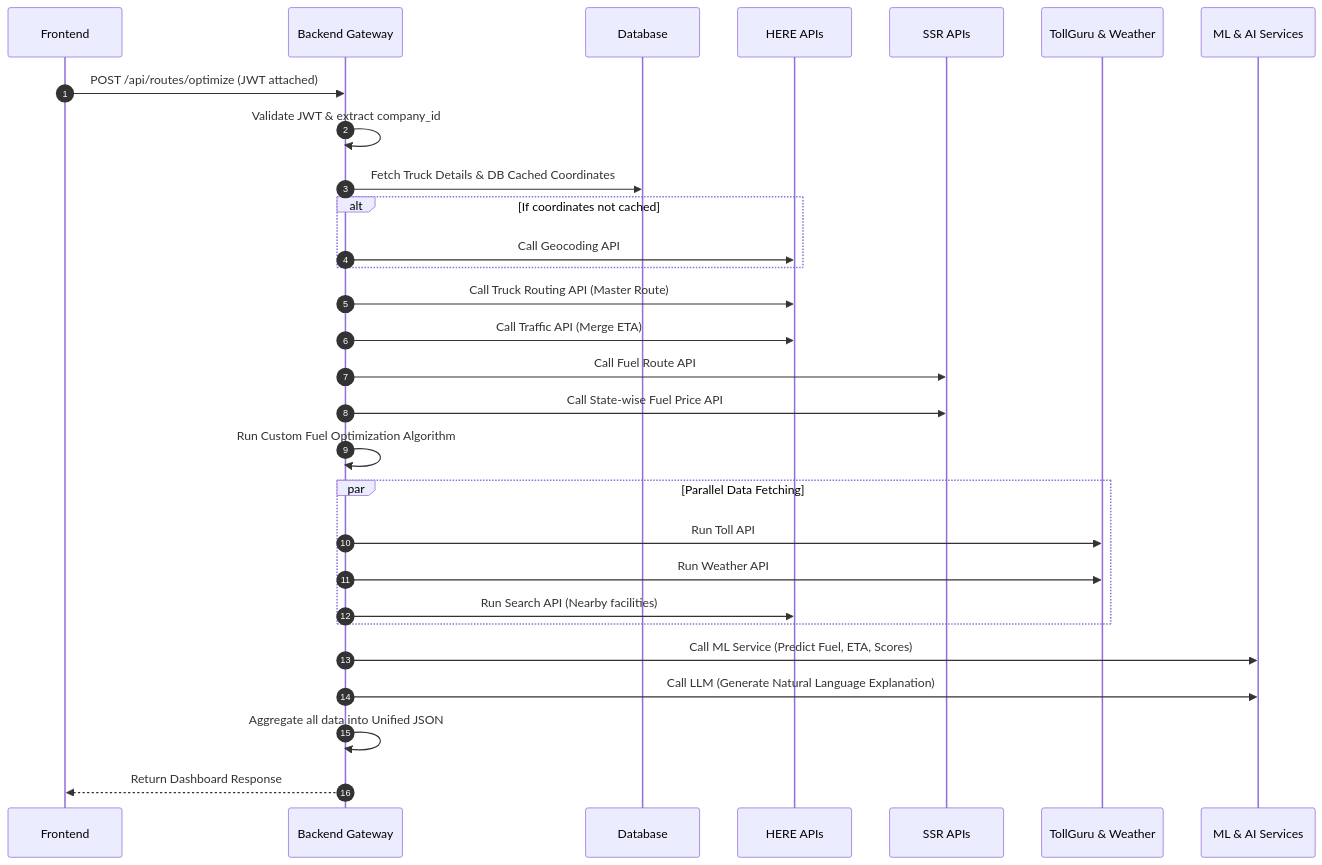
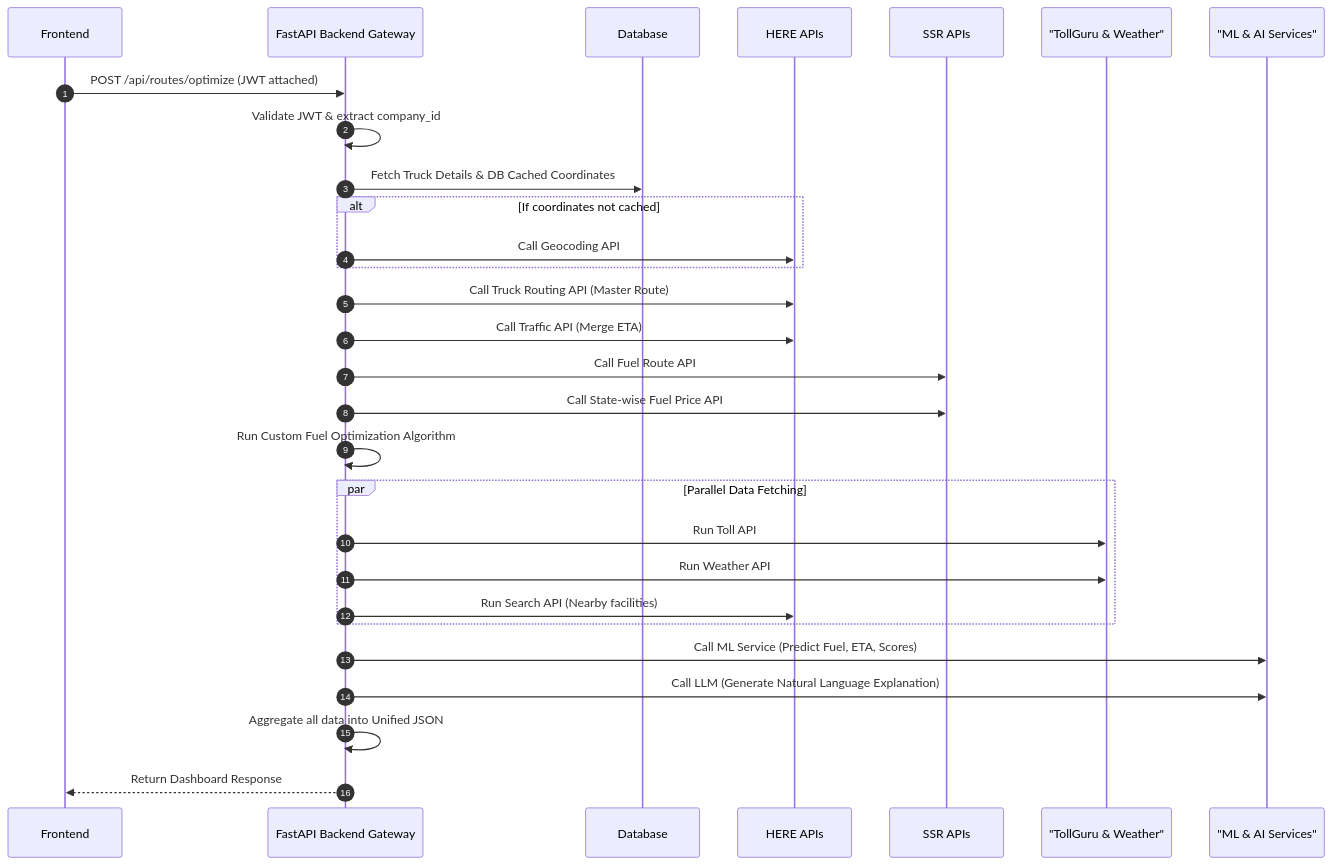
Before and after one commit to Arun-Saini05/FleetPilot-AI---Smart-fleet-navigation-and-optimization.: the second of 2 diagrams in README.md, drawn with Mermaid. The commit also changed other lines of this file, not shown here.

Commit message:
docs: update backend specs to FastAPI and fix Mermaid syntax errors in README

````diff
--- a/README.md
+++ b/README.md
@@ -91,39 +91,39 @@
 ```mermaid
 sequenceDiagram
     autonumber
     participant Frontend
-    participant Backend as Backend Gateway
+    participant Backend as FastAPI Backend Gateway
     participant DB as Database
     participant HERE as HERE APIs
     participant SSR as SSR APIs
-    participant TollWeather as TollGuru & Weather
-    participant AI as ML & AI Services
+    participant TollWeather as "TollGuru & Weather"
+    participant AI as "ML & AI Services"
 
     Frontend->>Backend: POST /api/routes/optimize (JWT attached)
     Backend->>Backend: Validate JWT & extract company_id
     Backend->>DB: Fetch Truck Details & DB Cached Coordinates
     
     alt If coordinates not cached
         Backend->>HERE: Call Geocoding API
     end
     
     Backend->>HERE: Call Truck Routing API (Master Route)
     Backend->>HERE: Call Traffic API (Merge ETA)
     
     Backend->>SSR: Call Fuel Route API
     Backend->>SSR: Call State-wise Fuel Price API
     
     Backend->>Backend: Run Custom Fuel Optimization Algorithm
     
     par Parallel Data Fetching
         Backend->>TollWeather: Run Toll API
         Backend->>TollWeather: Run Weather API
         Backend->>HERE: Run Search API (Nearby facilities)
     end
     
     Backend->>AI: Call ML Service (Predict Fuel, ETA, Scores)
     Backend->>AI: Call LLM (Generate Natural Language Explanation)
     
     Backend->>Backend: Aggregate all data into Unified JSON
     Backend-->>Frontend: Return Dashboard Response
 ```
````
